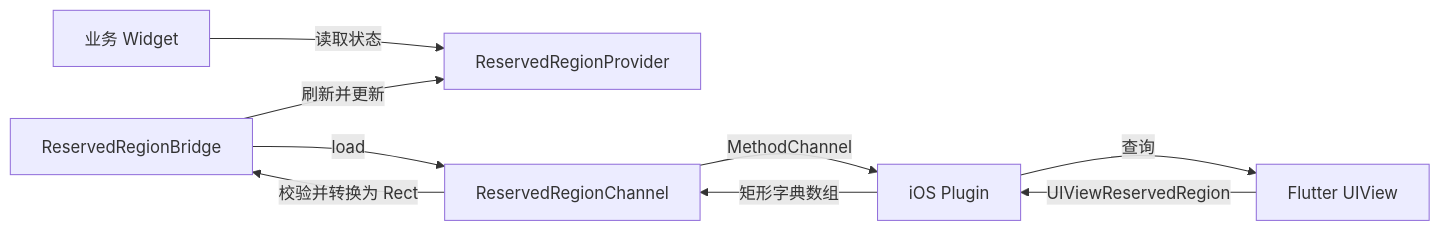
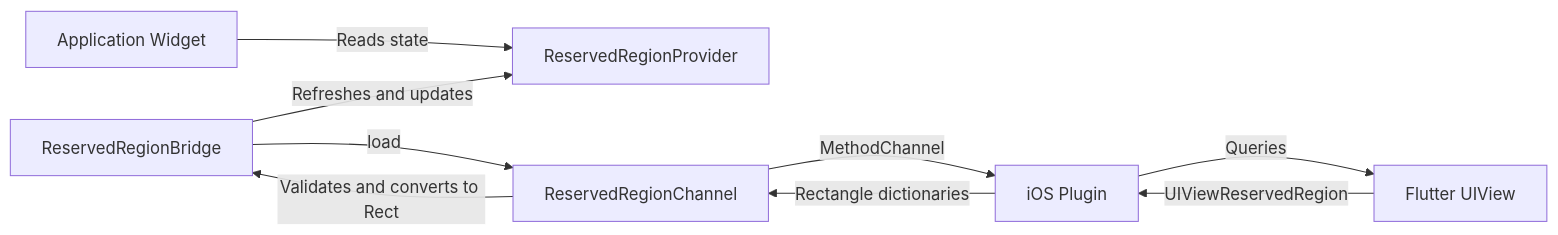
Before and after one commit to zeqinjie/tw_iphone_duo_reserved_region: the diagram in docs/iPhone Duo Reserved Region.md, drawn with Mermaid. The commit also changed other lines of this file and 3 other files, not shown here.

````diff
--- a/docs/iPhone Duo Reserved Region.md
+++ b/docs/iPhone Duo Reserved Region.md
@@ -93,11 +118,11 @@
 ```mermaid
 flowchart LR
-    A[业务 Widget] -->|读取状态| B[ReservedRegionProvider]
-    C[ReservedRegionBridge] -->|刷新并更新| B
+    A[Application Widget] -->|Reads state| B[ReservedRegionProvider]
+    C[ReservedRegionBridge] -->|Refreshes and updates| B
     C -->|load| D[ReservedRegionChannel]
     D -->|MethodChannel| E[iOS Plugin]
-    E -->|查询| F[Flutter UIView]
+    E -->|Queries| F[Flutter UIView]
     F -->|UIViewReservedRegion| E
-    E -->|矩形字典数组| D
-    D -->|校验并转换为 Rect| C
+    E -->|Rectangle dictionaries| D
+    D -->|Validates and converts to Rect| C
 ```
````
